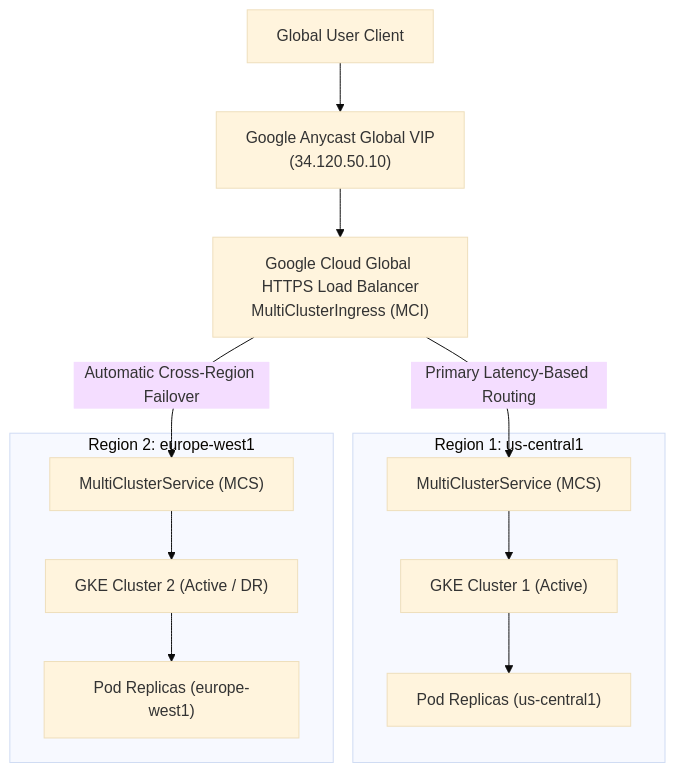
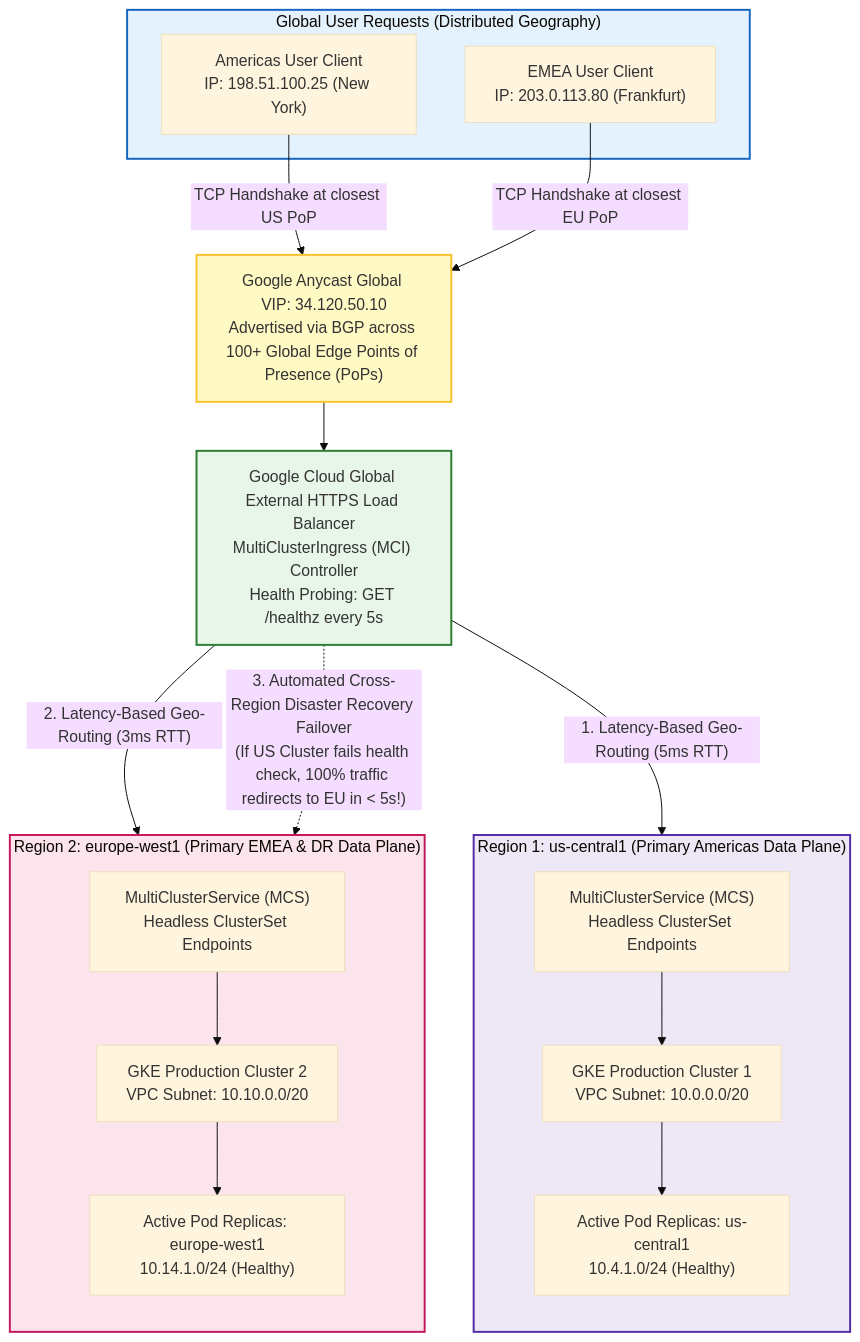
Before and after one commit to Chief-Strategist-J/gcd: the tenth of 15 diagrams in kubernetes/networking-shell-command.md, drawn with Mermaid (base theme). The commit also changed other lines of this file, not shown here.

Commit message:
docs(networking): enrich all diagrams with step-by-step internal packet execution mechanics and detailed annotations

````diff
--- a/kubernetes/networking-shell-command.md
+++ b/kubernetes/networking-shell-command.md
@@ -1351,23 +1584,42 @@
 ```mermaid
 graph TB
-    User["Global User Client"] --> AnycastVIP["Google Anycast Global VIP<br/>(34.120.50.10)"]
+    subgraph GlobalUsers["Global User Requests (Distributed Geography)"]
+        UserUS["Americas User Client<br/>IP: 198.51.100.25 (New York)"]
+        UserEU["EMEA User Client<br/>IP: 203.0.113.80 (Frankfurt)"]
+    end
+
+    AnycastVIP["Google Anycast Global VIP: 34.120.50.10<br/>Advertised via BGP across 100+ Global Edge Points of Presence (PoPs)"]
+
+    UserUS -->|TCP Handshake at closest US PoP| AnycastVIP
+    UserEU -->|TCP Handshake at closest EU PoP| AnycastVIP
     
-    AnycastVIP --> GLB["Google Cloud Global HTTPS Load Balancer<br/>MultiClusterIngress (MCI)"]
+    GLB["Google Cloud Global External HTTPS Load Balancer<br/>MultiClusterIngress (MCI) Controller<br/>Health Probing: GET /healthz every 5s"]
 
-    subgraph REGION1["Region 1: us-central1"]
-        MCI1["MultiClusterService (MCS)"]
-        GKE1["GKE Cluster 1 (Active)"]
-        Pods1["Pod Replicas (us-central1)"]
+    AnycastVIP --> GLB
+
+    subgraph REGION1["Region 1: us-central1 (Primary Americas Data Plane)"]
+        direction TB
+        MCI1["MultiClusterService (MCS)<br/>Headless ClusterSet Endpoints"]
+        GKE1["GKE Production Cluster 1<br/>VPC Subnet: 10.0.0.0/20"]
+        Pods1["Active Pod Replicas: us-central1<br/>10.4.1.0/24 (Healthy)"]
         MCI1 --> GKE1 --> Pods1
     end
 
-    subgraph REGION2["Region 2: europe-west1"]
-        MCI2["MultiClusterService (MCS)"]
-        GKE2["GKE Cluster 2 (Active / DR)"]
-        Pods2["Pod Replicas (europe-west1)"]
+    subgraph REGION2["Region 2: europe-west1 (Primary EMEA & DR Data Plane)"]
+        direction TB
+        MCI2["MultiClusterService (MCS)<br/>Headless ClusterSet Endpoints"]
+        GKE2["GKE Production Cluster 2<br/>VPC Subnet: 10.10.0.0/20"]
+        Pods2["Active Pod Replicas: europe-west1<br/>10.14.1.0/24 (Healthy)"]
         MCI2 --> GKE2 --> Pods2
     end
 
-    GLB -- "Primary Latency-Based Routing" --> MCI1
-    GLB -- "Automatic Cross-Region Failover" --> MCI2
+    GLB -- "1. Latency-Based Geo-Routing (5ms RTT)" --> MCI1
+    GLB -- "2. Latency-Based Geo-Routing (3ms RTT)" --> MCI2
+    GLB -. "3. Automated Cross-Region Disaster Recovery Failover<br/>(If US Cluster fails health check, 100% traffic redirects to EU in < 5s!)" .-> MCI2
+
+    style GlobalUsers fill:#e3f2fd,stroke:#1565c0,stroke-width:2px
+    style AnycastVIP fill:#fff9c4,stroke:#fbc02d,stroke-width:2px
+    style GLB fill:#e8f5e9,stroke:#2e7d32,stroke-width:2px
+    style REGION1 fill:#ede7f6,stroke:#512da8,stroke-width:2px
+    style REGION2 fill:#fce4ec,stroke:#c2185b,stroke-width:2px
 ```
````
